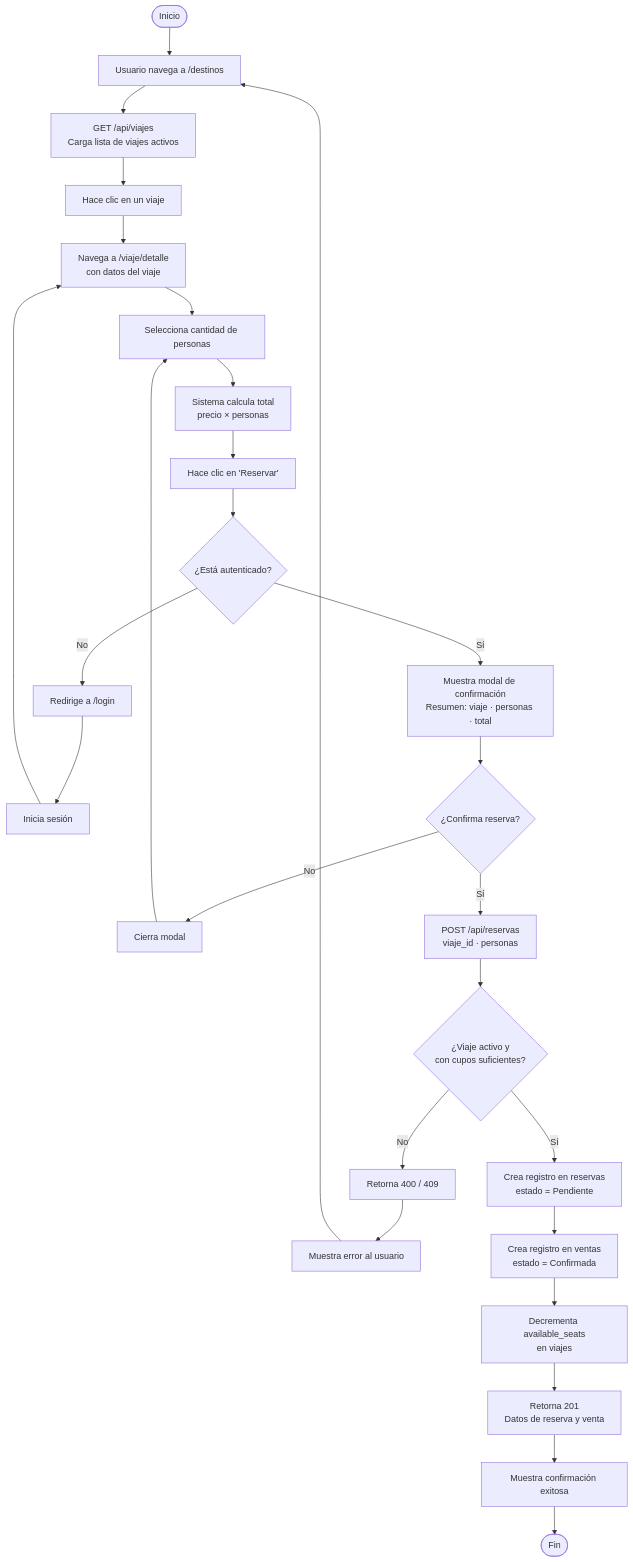
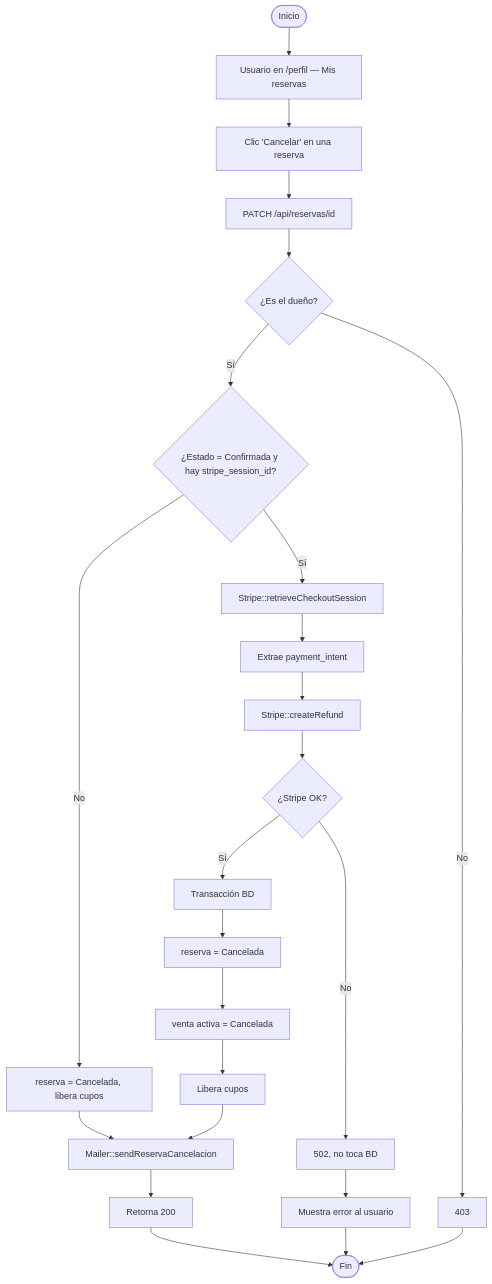
The eighth of 14 diagrams in DIAGRAMAS.md (JorggeHM/TuViaje), drawn with Mermaid before and after one commit. The commit also changed other lines of this file and 15 other files, not shown here.

````diff
--- a/DIAGRAMAS.md
+++ b/DIAGRAMAS.md
@@ -334,29 +505,26 @@
 ```mermaid
 flowchart TD
-    A([Inicio]) --> B[Usuario navega a /destinos]
-    B --> C[GET /api/viajes\nCarga lista de viajes activos]
-    C --> D[Hace clic en un viaje]
-    D --> E[Navega a /viaje/detalle\ncon datos del viaje]
-    E --> F[Selecciona cantidad de personas]
-    F --> G[Sistema calcula total\nprecio × personas]
-    G --> H[Hace clic en 'Reservar']
-    H --> I{¿Está autenticado?}
-    I -- No --> J[Redirige a /login]
-    J --> K[Inicia sesión]
-    K --> E
-    I -- Sí --> L[Muestra modal de confirmación\nResumen: viaje · personas · total]
-    L --> M{¿Confirma reserva?}
-    M -- No --> N[Cierra modal]
-    N --> F
-    M -- Sí --> O[POST /api/reservas\nviaje_id · personas]
-    O --> P{¿Viaje activo y\ncon cupos suficientes?}
-    P -- No --> Q[Retorna 400 / 409]
-    Q --> R[Muestra error al usuario]
-    R --> B
-    P -- Sí --> S[Crea registro en reservas\nestado = Pendiente]
-    S --> T[Crea registro en ventas\nestado = Confirmada]
-    T --> U[Decrementa available_seats\nen viajes]
-    U --> V[Retorna 201\nDatos de reserva y venta]
-    V --> W[Muestra confirmación exitosa]
-    W --> X([Fin])
+    A([Inicio]) --> B[Usuario en /perfil — Mis reservas]
+    B --> C[Clic 'Cancelar' en una reserva]
+    C --> D[PATCH /api/reservas/id]
+    D --> E{¿Es el dueño?}
+    E -- No --> F[403]
+    E -- Sí --> G{¿Estado = Confirmada y hay stripe_session_id?}
+    G -- No --> H[reserva = Cancelada, libera cupos]
+    H --> I[Mailer::sendReservaCancelacion]
+    I --> J[Retorna 200]
+    G -- Sí --> K[Stripe::retrieveCheckoutSession]
+    K --> L[Extrae payment_intent]
+    L --> M[Stripe::createRefund]
+    M --> N{¿Stripe OK?}
+    N -- No --> O[502, no toca BD]
+    O --> P[Muestra error al usuario]
+    N -- Sí --> Q[Transacción BD]
+    Q --> R[reserva = Cancelada]
+    R --> S[venta activa = Cancelada]
+    S --> T[Libera cupos]
+    T --> I
+    J --> U([Fin])
+    P --> U
+    F --> U
 ```
````
